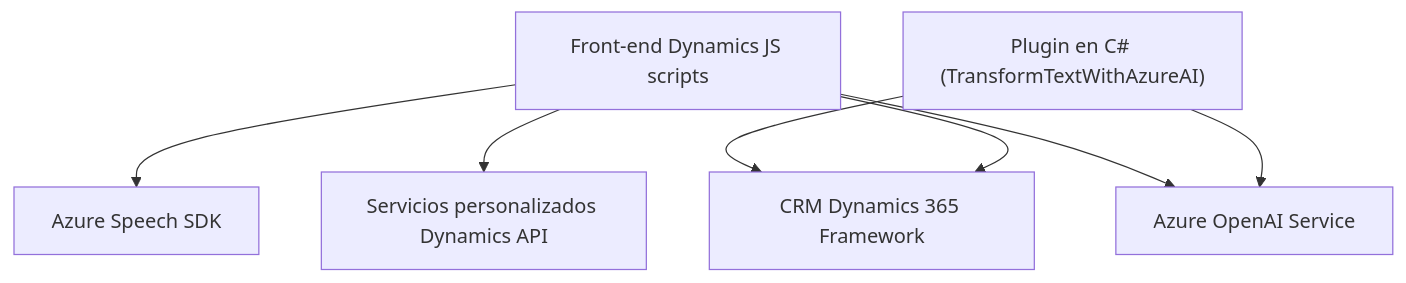
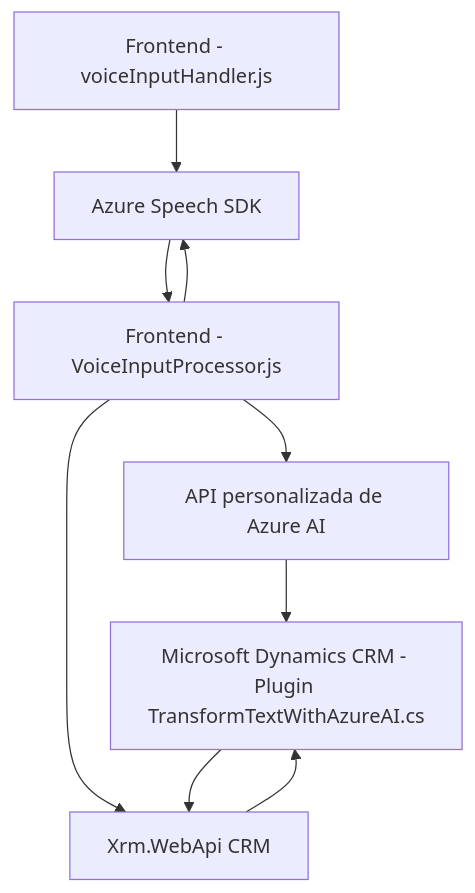
The diagram in README.md (blopezdm/NETCORE_BILBAO2025), drawn with Mermaid before and after one commit. The commit also changed other lines of this file, not shown here.

````diff
--- a/README.md
+++ b/README.md
@@ -23,16 +43,18 @@
 ```mermaid
 graph TD
-    A["Front-end Dynamics JS scripts"]
-    B["CRM Dynamics 365 Framework"]
+    A["Frontend - voiceInputHandler.js"]
+    B["Frontend - VoiceInputProcessor.js"]
     C["Azure Speech SDK"]
-    D["Azure OpenAI Service"]
-    E["Plugin en C# (TransformTextWithAzureAI)"]
-    F["Servicios personalizados Dynamics API"]
+    D["API personalizada de Azure AI"]
+    E["Microsoft Dynamics CRM - Plugin TransformTextWithAzureAI.cs"]
+    F["Xrm.WebApi CRM"]
 
-    A --> B 
     A --> C
-    A --> F
-    E --> D
-    E --> B
-    A --> D
+    B --> C
+    B --> D
+    C --> B
+    B --> F
+    D --> E
+    E --> F
+    F --> E
 ```
````
